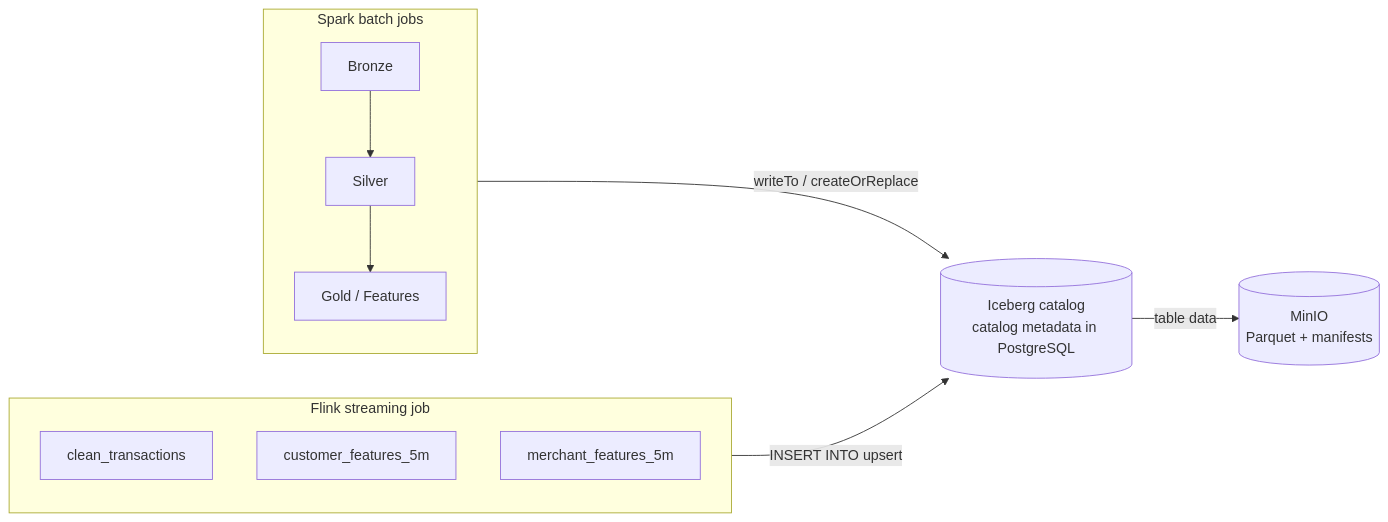
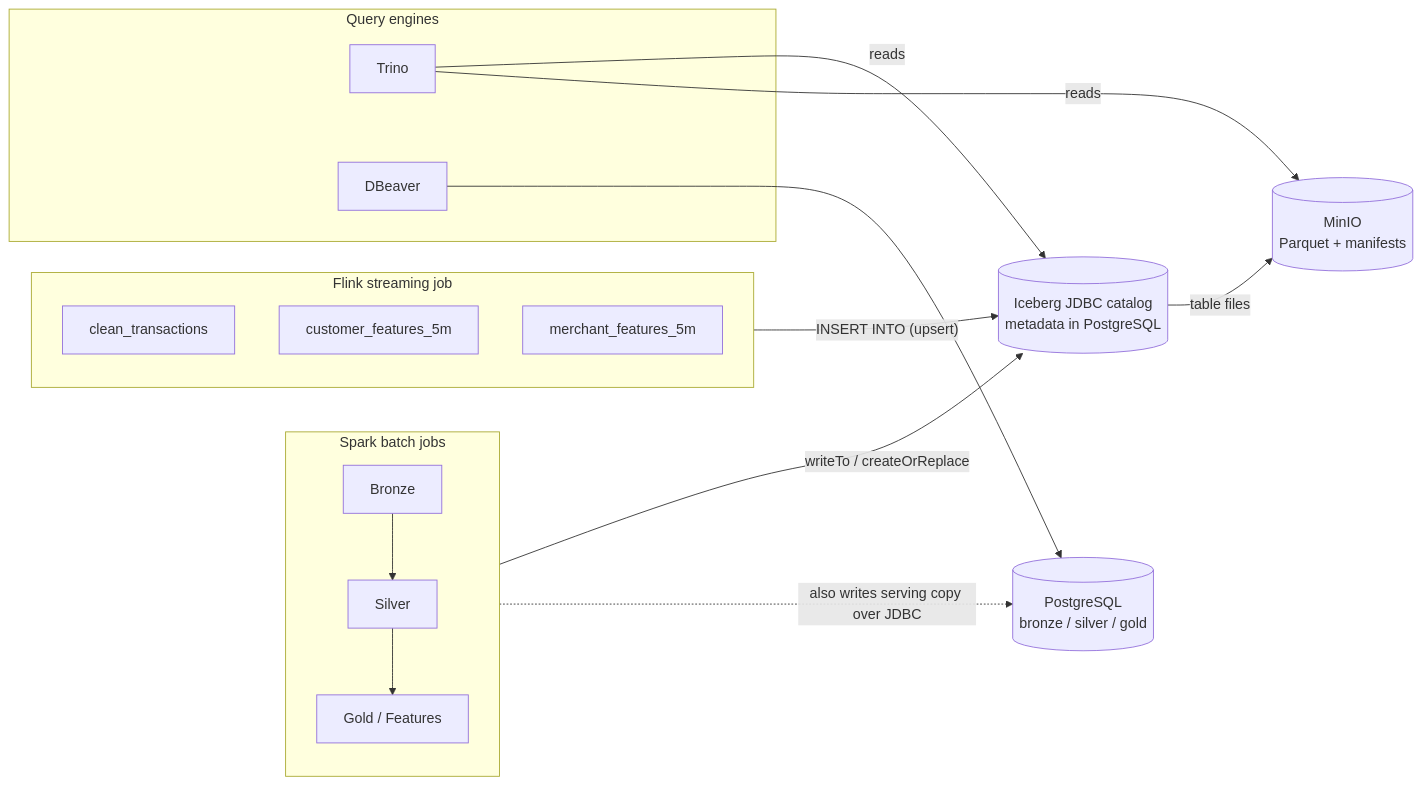
Before and after one commit to hiendat04/fraudstream: the diagram in docs/15_lakehouse_iceberg.md, drawn with Mermaid. The commit also changed other lines of this file and 15 other files, not shown here.

First line of the commit message:
docs: tighten docs 01-16 and add architecture diagrams

````diff
--- a/docs/15_lakehouse_iceberg.md
+++ b/docs/15_lakehouse_iceberg.md
@@ -20,14 +17,23 @@
 ```mermaid
 flowchart LR
-    subgraph Spark[Spark batch jobs]
-        bronze[Bronze] --> silver[Silver] --> gold[Gold / Features]
+    subgraph Spark["Spark batch jobs"]
+        bronze[Bronze] --> silver[Silver] --> gold["Gold / Features"]
     end
-    subgraph Flink[Flink streaming job]
+    subgraph Flink["Flink streaming job"]
         clean[clean_transactions]
         cfeat[customer_features_5m]
         mfeat[merchant_features_5m]
     end
-    Spark -- writeTo / createOrReplace --> cat[(Iceberg catalog\ncatalog metadata in PostgreSQL)]
-    Flink -- INSERT INTO upsert --> cat
-    cat -- table data --> minio[(MinIO\nParquet + manifests)]
+    subgraph Query["Query engines"]
+        trino[Trino]
+        dbeaver[DBeaver]
+    end
+
+    Spark -- "writeTo / createOrReplace" --> cat[("Iceberg JDBC catalog<br/>metadata in PostgreSQL")]
+    Flink -- "INSERT INTO (upsert)" --> cat
+    cat -- "table files" --> minio[("MinIO<br/>Parquet + manifests")]
+    trino -- reads --> cat
+    trino -- reads --> minio
+    Spark -. "also writes serving copy over JDBC" .-> pg[("PostgreSQL<br/>bronze / silver / gold")]
+    dbeaver --> pg
 ```
````
